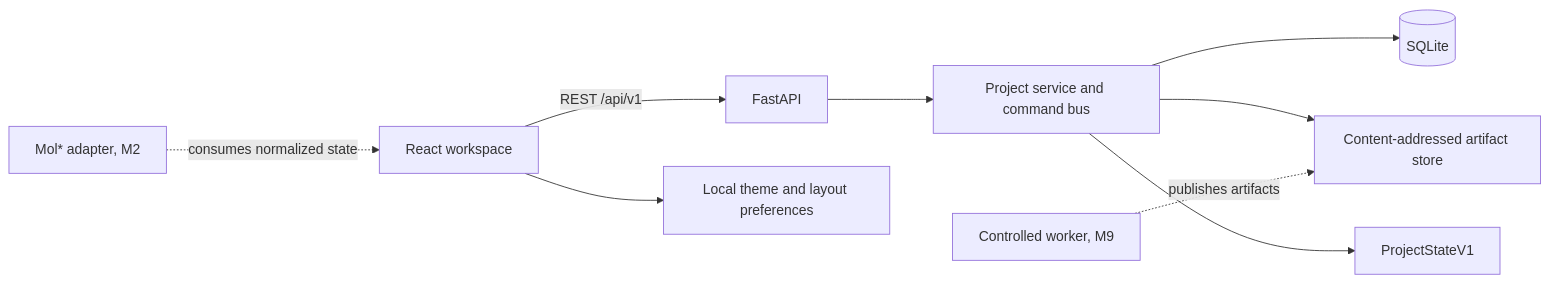
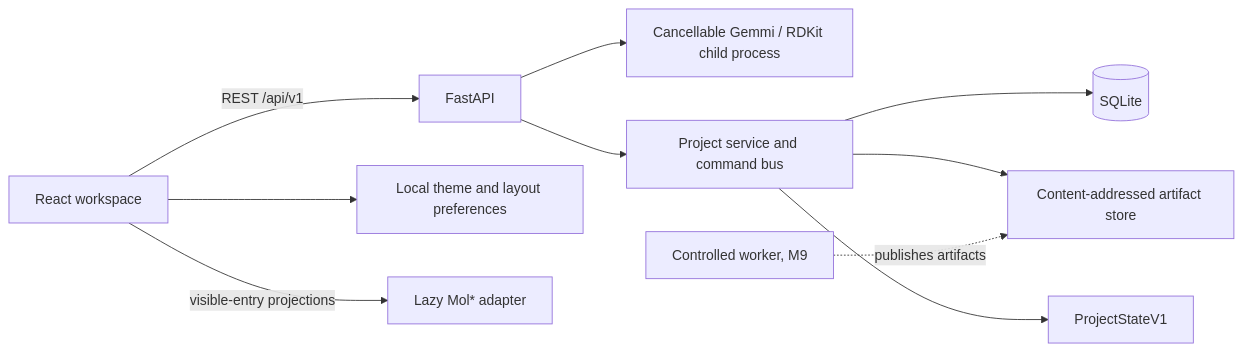
The diagram in README.md (ManuelSe/Neistra), drawn with Mermaid before and after one commit. The commit also changed other lines of this file and 9 other files, not shown here.

````diff
--- a/README.md
+++ b/README.md
@@ -48,11 +47,12 @@
 ```mermaid
 flowchart LR
     UI[React workspace] -->|REST /api/v1| API[FastAPI]
     UI --> PREFS[Local theme and layout preferences]
+    API --> PARSE[Cancellable Gemmi / RDKit child process]
     API --> PS[Project service and command bus]
     PS --> DB[(SQLite)]
     PS --> ART[Content-addressed artifact store]
     PS --> STATE[ProjectStateV1]
-    VIEWER[Mol* adapter, M2] -. consumes normalized state .-> UI
+    UI -->|visible-entry projections| VIEWER[Lazy Mol* adapter]
     JOBS[Controlled worker, M9] -. publishes artifacts .-> ART
 ```
````
